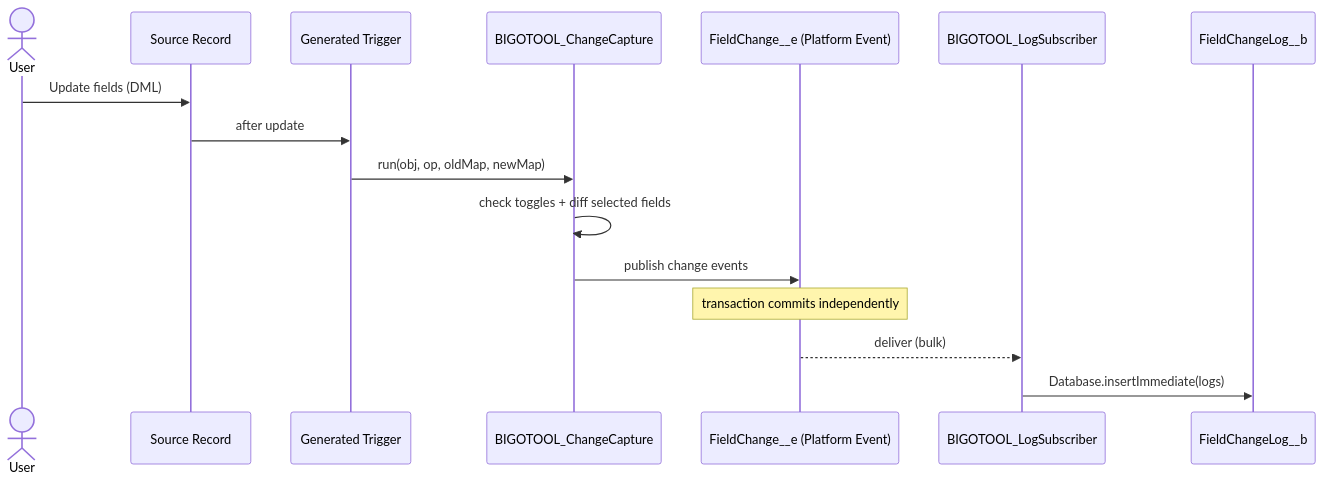
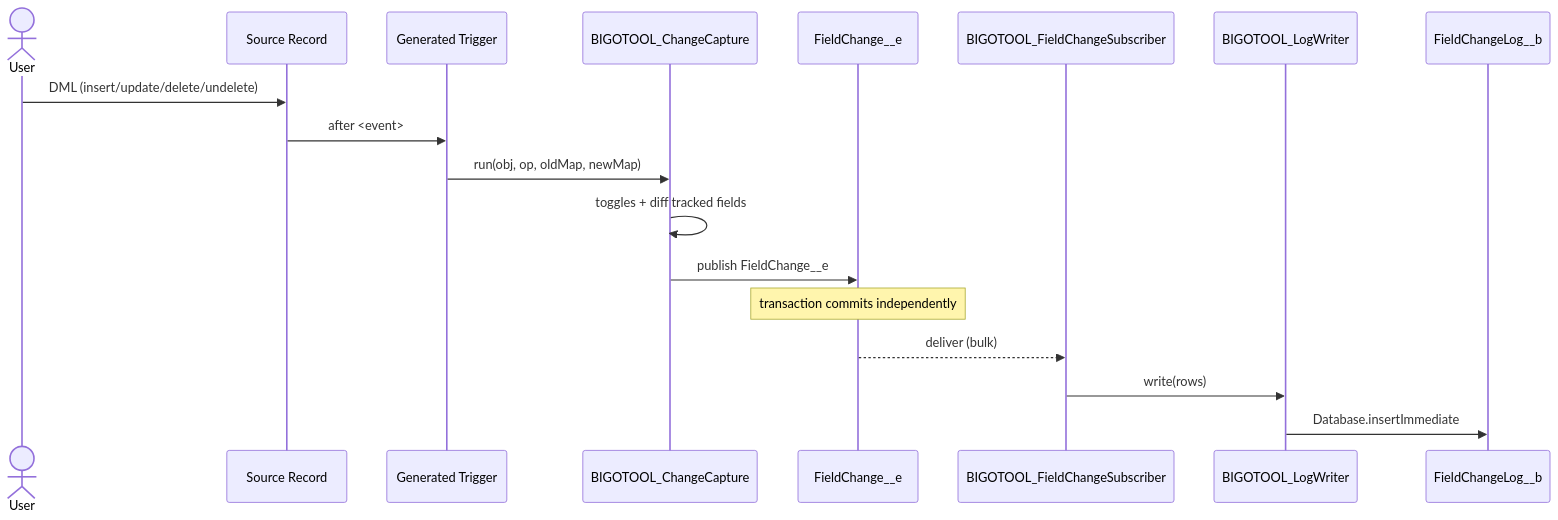
Before and after one commit to sonicfurqan/Salesforce-Big-Object-Toolkit: the fourth of 7 diagrams in docs/ARCHITECTURE.md, drawn with Mermaid. The commit also changed other lines of this file and 11 other files, not shown here.

````diff
--- a/docs/ARCHITECTURE.md
+++ b/docs/ARCHITECTURE.md
@@ -596,19 +432,21 @@
 ```mermaid
 sequenceDiagram
     actor User
     participant Src as Source Record
     participant Trg as Generated Trigger
     participant CC as BIGOTOOL_ChangeCapture
-    participant PE as FieldChange__e (Platform Event)
-    participant Sub as BIGOTOOL_LogSubscriber
+    participant PE as FieldChange__e
+    participant Sub as BIGOTOOL_FieldChangeSubscriber
+    participant LW as BIGOTOOL_LogWriter
     participant BO as FieldChangeLog__b
 
-    User->>Src: Update fields (DML)
-    Src->>Trg: after update
+    User->>Src: DML (insert/update/delete/undelete)
+    Src->>Trg: after <event>
     Trg->>CC: run(obj, op, oldMap, newMap)
-    CC->>CC: check toggles + diff selected fields
-    CC->>PE: publish change events
+    CC->>CC: toggles + diff tracked fields
+    CC->>PE: publish FieldChange__e
     Note over PE: transaction commits independently
     PE-->>Sub: deliver (bulk)
-    Sub->>BO: Database.insertImmediate(logs)
+    Sub->>LW: write(rows)
+    LW->>BO: Database.insertImmediate
 ```
````
